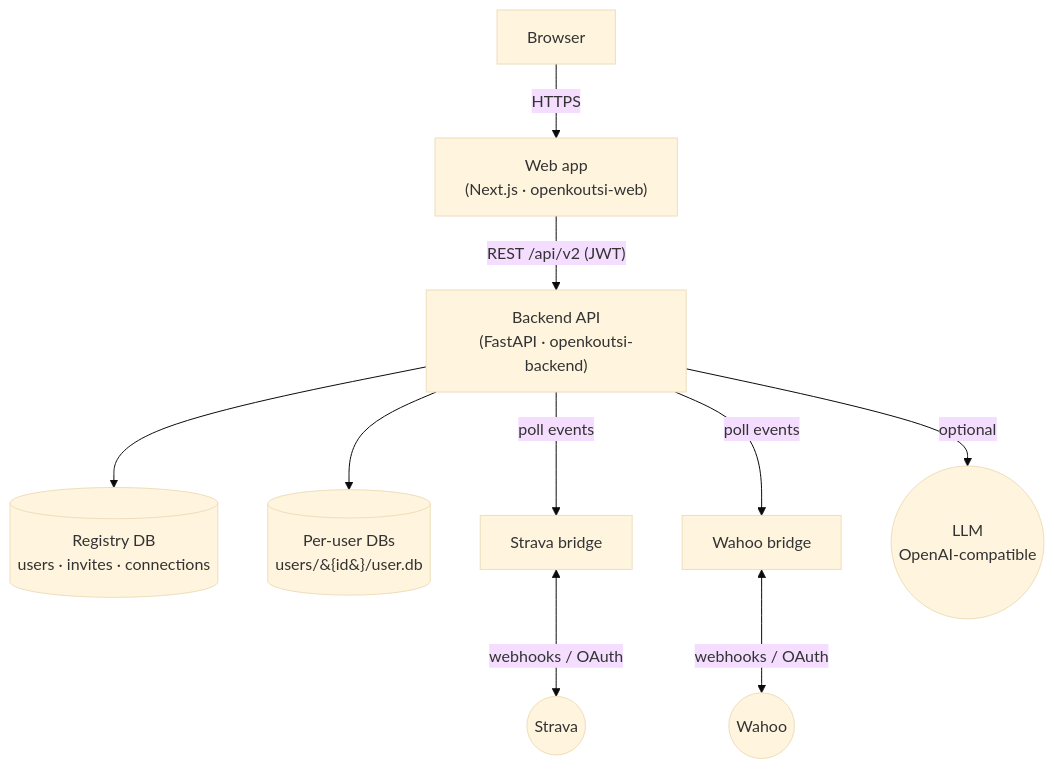
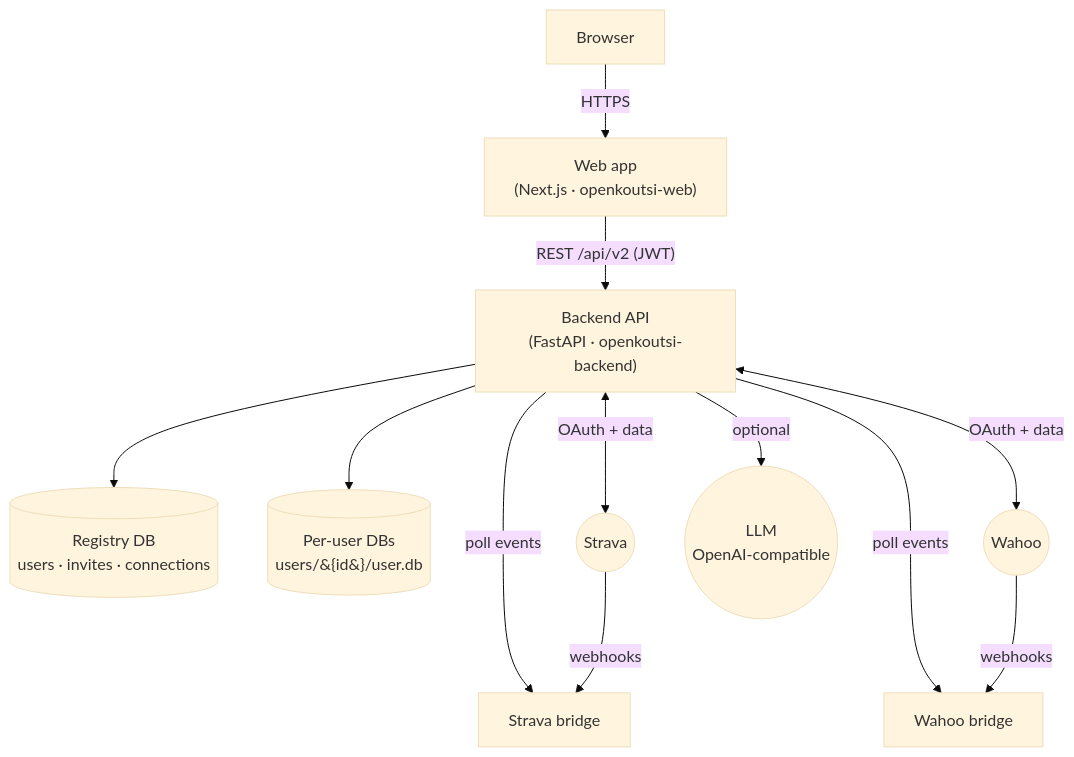
The diagram in docs/index.md (openkoutsi/openkoutsi-arch), drawn with Mermaid (base theme) before and after one commit. The commit also changed 1 other file, not shown here.

Commit message:
docs: correct provider connection edges in architecture diagrams
The bridges only receive provider webhooks; OAuth and activity-data
REST calls are made by the main app directly to Strava/Wahoo. Update
the home and overview diagrams so webhooks flow provider → bridge and
the OAuth + data connection is shown between the main app and the
providers.

Claude-Session: https://claude.ai/code/session_01331CrW6jxX6eN27ivHNEHa

````diff
--- a/docs/index.md
+++ b/docs/index.md
@@ -18,12 +18,14 @@
 ```mermaid
 flowchart TD
     Browser["Browser"] -->|HTTPS| Web["Web app<br/>(Next.js · openkoutsi-web)"]
     Web -->|"REST /api/v2 (JWT)"| API["Backend API<br/>(FastAPI · openkoutsi-backend)"]
     API --> Registry[("Registry DB<br/>users · invites · connections")]
     API --> UserDB[("Per-user DBs<br/>users/&#123;id&#125;/user.db")]
     API -->|"poll events"| SB["Strava bridge"]
     API -->|"poll events"| WB["Wahoo bridge"]
-    SB <-->|webhooks / OAuth| Strava(("Strava"))
-    WB <-->|webhooks / OAuth| Wahoo(("Wahoo"))
+    Strava(("Strava")) -->|webhooks| SB
+    Wahoo(("Wahoo")) -->|webhooks| WB
+    API <-->|"OAuth + data"| Strava
+    API <-->|"OAuth + data"| Wahoo
     API -->|optional| LLM(("LLM<br/>OpenAI-compatible"))
 ```
````
